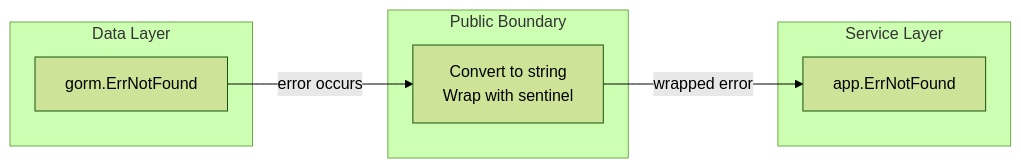
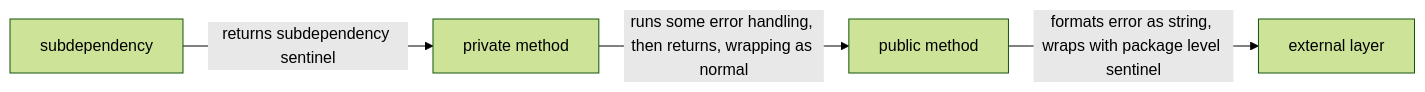
The third of 5 diagrams in rfc/bh-rfc-5.md (SpecterOps/BloodHound), drawn with Mermaid (forest theme) before and after one commit. The commit also changed other lines of this file, not shown here.

Commit message:
docs: fix some LLM stuff that didn't make enough sense

````diff
--- a/rfc/bh-rfc-5.md
+++ b/rfc/bh-rfc-5.md
@@ -123,17 +131,6 @@
 ```mermaid
 flowchart LR
-    subgraph Data["Data Layer"]
-        GE[gorm.ErrNotFound]
-    end
-
-    subgraph Boundary["Public Boundary"]
-        CONV["Convert to string<br/>Wrap with sentinel"]
-    end
-
-    subgraph Service["Service Layer"]
-        AE[app.ErrNotFound]
-    end
-
-    GE -->|"error occurs"| CONV
-    CONV -->|"wrapped error"| AE
+    A["subdependency"]-->|"returns subdependency sentinel"| B["private method"]
+    B-->|"runs some error handling, then returns, wrapping as normal"| C["public method"]
+    C-->|"formats error as string, wraps with package level sentinel"| D["external layer"]
 ```
````
